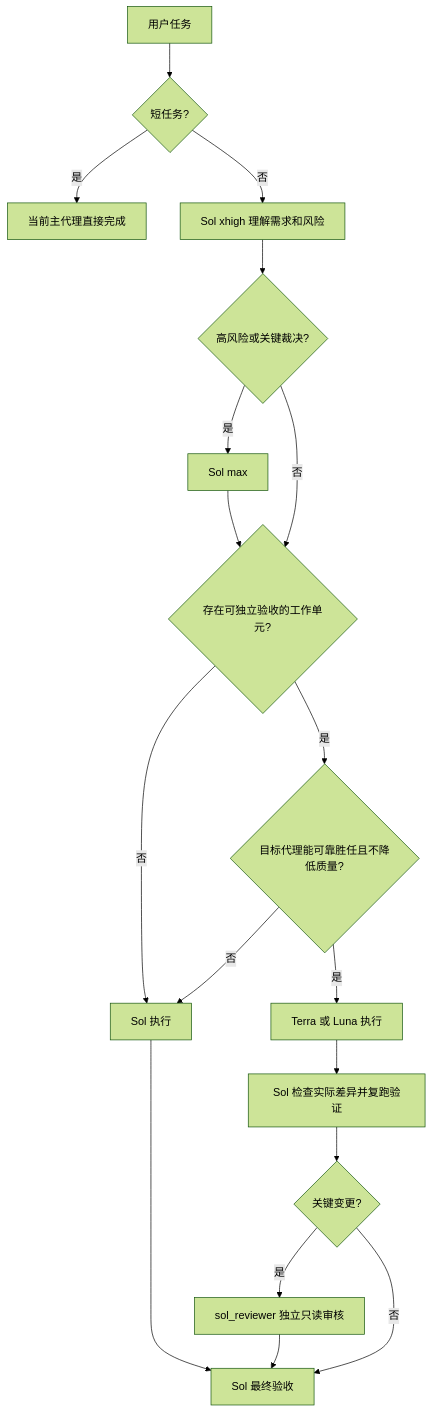
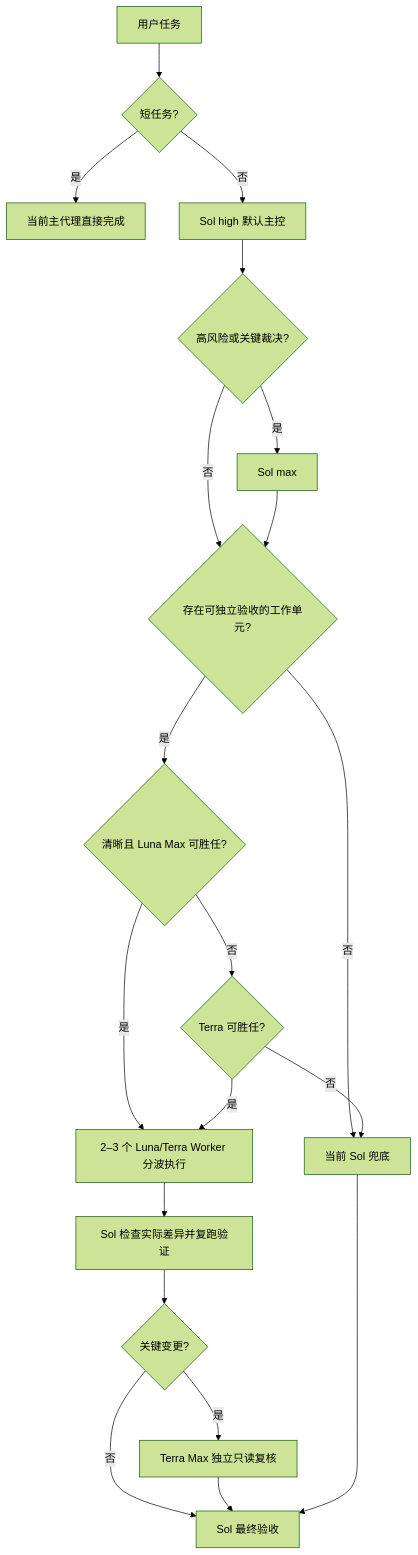
One commit to 9holy/codex-quality-orchestrator changed the diagram in docs/OPERATING_GUIDE.md. Above: the diagram before and after it, drawn with Mermaid (forest theme). The commit also changed other lines of this file and 22 other files, not shown here.

````diff
--- a/docs/OPERATING_GUIDE.md
+++ b/docs/OPERATING_GUIDE.md
@@ -21,20 +21,22 @@
 ```mermaid
 flowchart TD
     A[用户任务] --> B{短任务?}
     B -->|是| C[当前主代理直接完成]
-    B -->|否| D[Sol xhigh 理解需求和风险]
+    B -->|否| D[Sol high 默认主控]
     D --> E{高风险或关键裁决?}
     E -->|是| F[Sol max]
     E -->|否| I{存在可独立验收的工作单元?}
     F --> I
-    I -->|否| H[Sol 执行]
-    I -->|是| G{目标代理能可靠胜任且不降低质量?}
-    G -->|否| H
-    G -->|是| J[Terra 或 Luna 执行]
+    I -->|否| H[当前 Sol 兜底]
+    I -->|是| G{清晰且 Luna Max 可胜任?}
+    G -->|是| J[2–3 个 Luna/Terra Worker 分波执行]
+    G -->|否| O{Terra 可胜任?}
+    O -->|是| J
+    O -->|否| H
     J --> K[Sol 检查实际差异并复跑验证]
     K --> L{关键变更?}
-    L -->|是| M[sol_reviewer 独立只读审核]
+    L -->|是| M[Terra Max 独立只读复核]
     L -->|否| N[Sol 最终验收]
     M --> N
     H --> N
 ```
````
